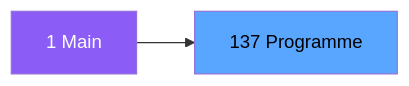
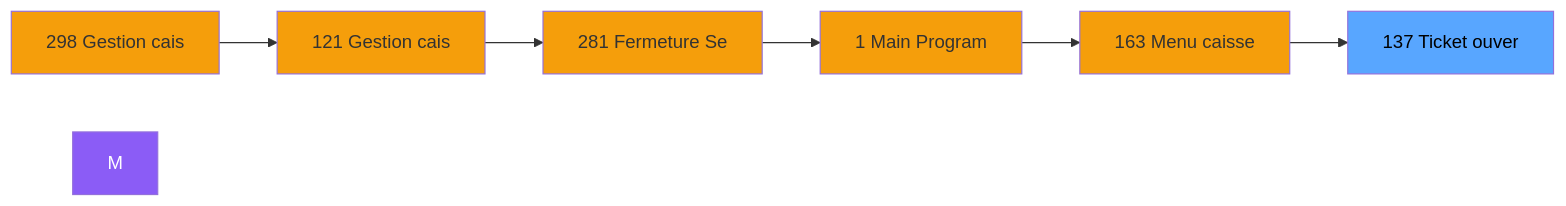
The second of 3 diagrams in .openspec/specs/ADH-IDE-137.md (thonyAGP/magic-migration), drawn with Mermaid before and after one commit. The commit also changed other lines of this file and 323 other files, not shown here.

````diff
--- a/.openspec/specs/ADH-IDE-137.md
+++ b/.openspec/specs/ADH-IDE-137.md
@@ -106,8 +122,21 @@
 ```mermaid
 graph LR
-    M[1 Main]
-    T[137 Programme]
-    M --> T
+    N298[298 Gestion cais]
+    N121[121 Gestion cais]
+    N281[281 Fermeture Se]
+    N1[1 Main Program]
+    N163[163 Menu caisse ]
+    T[137 Ticket ouver]
+    N298 --> N121
+    N121 --> N281
+    N281 --> N1
+    N1 --> N163
+    N163 --> T
     style M fill:#8b5cf6,color:#fff
+    style N298 fill:#f59e0b
+    style N121 fill:#f59e0b
+    style N281 fill:#f59e0b
+    style N1 fill:#f59e0b
+    style N163 fill:#f59e0b
     style T fill:#58a6ff,color:#000
 ```
````
